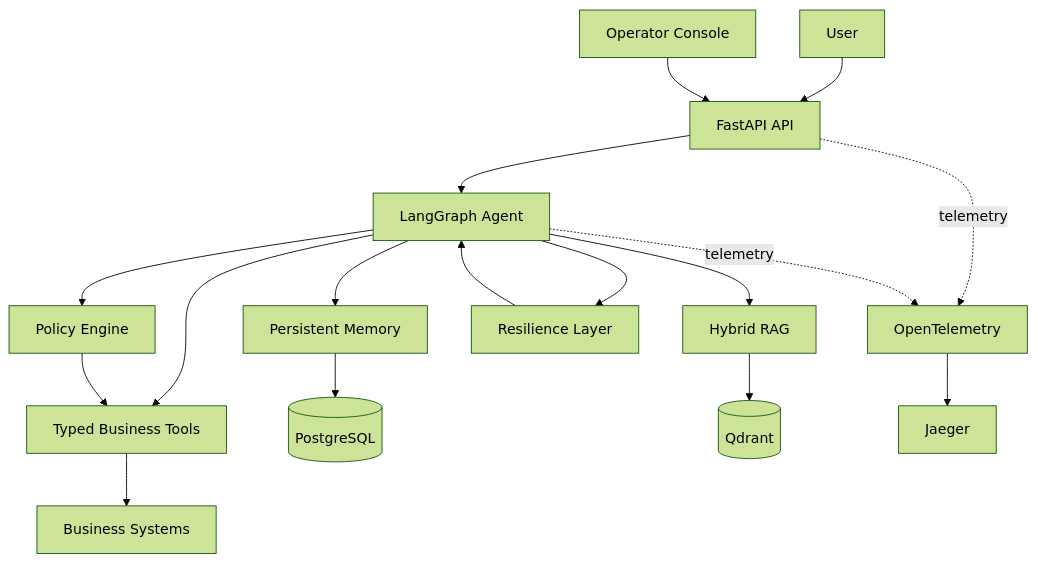
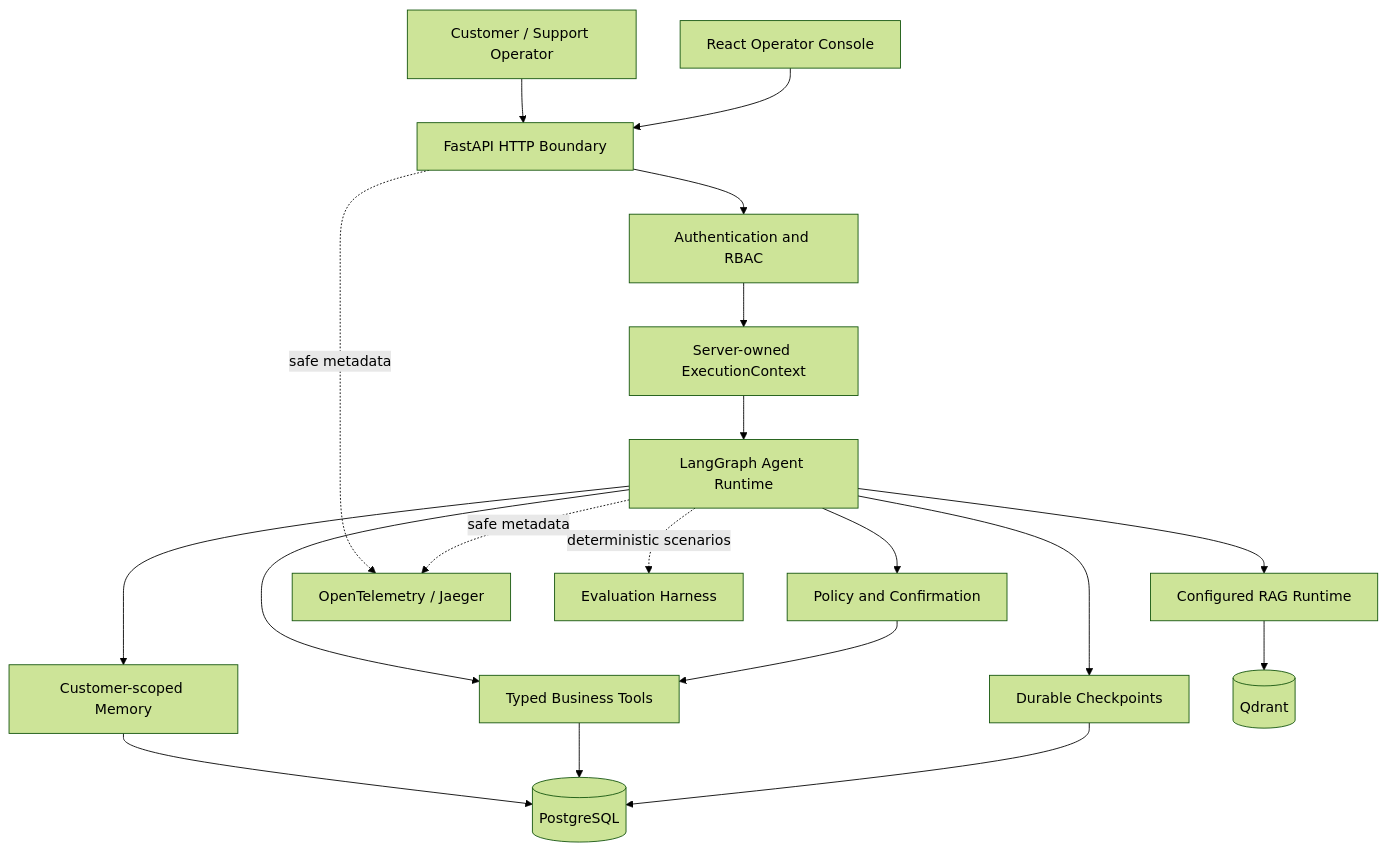
One commit to BopsAIle/agentic-customer-service-platform changed the diagram in README.md. Above: the diagram before and after it, drawn with Mermaid (forest theme). The commit also changed other lines of this file, not shown here.

Commit message:
docs: update production architecture documentation

````diff
--- a/README.md
+++ b/README.md
@@ -33,22 +49,24 @@
 ```mermaid
 flowchart TD
-    U[User] --> API[FastAPI API]
-    API --> AGENT[LangGraph Agent]
+    CLIENT[Customer / Support Operator] --> API[FastAPI HTTP Boundary]
+    API --> AUTH[Authentication and RBAC]
+    AUTH --> CONTEXT[Server-owned ExecutionContext]
+    CONTEXT --> GRAPH[LangGraph Agent Runtime]
 
-    AGENT --> MEMORY[Persistent Memory]
-    AGENT --> RAG[Hybrid RAG]
-    AGENT --> TOOLS[Typed Business Tools]
-    AGENT --> POLICY[Policy Engine]
-    AGENT --> RESILIENCE[Resilience Layer]
+    GRAPH --> POLICY[Policy and Confirmation]
+    GRAPH --> MEMORY[Customer-scoped Memory]
+    GRAPH --> RAG[Configured RAG Runtime]
+    GRAPH --> TOOLS[Typed Business Tools]
 
-    MEMORY --> DB[(PostgreSQL)]
+    POLICY --> TOOLS
+    MEMORY --> POSTGRES[(PostgreSQL)]
+    TOOLS --> POSTGRES
+    GRAPH --> CHECKPOINTS[Durable Checkpoints]
+    CHECKPOINTS --> POSTGRES
     RAG --> QDRANT[(Qdrant)]
-    TOOLS --> SYSTEMS[Business Systems]
-    POLICY --> TOOLS
-    RESILIENCE --> AGENT
 
-    API -. telemetry .-> OTEL[OpenTelemetry]
-    AGENT -. telemetry .-> OTEL
-    OTEL --> JAEGER[Jaeger]
-    CONSOLE[Operator Console] --> API
+    API -. safe metadata .-> OBS[OpenTelemetry / Jaeger]
+    GRAPH -. safe metadata .-> OBS
+    GRAPH -. deterministic scenarios .-> EVAL[Evaluation Harness]
+    CONSOLE[React Operator Console] --> API
 ```
````
